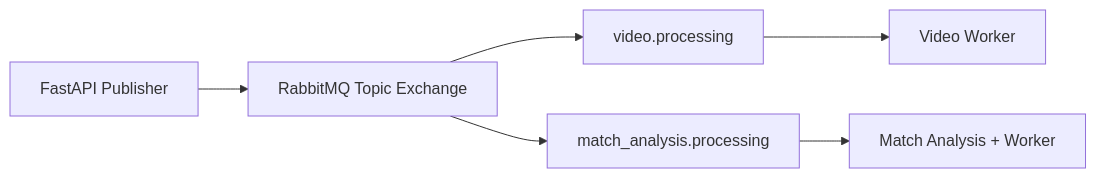
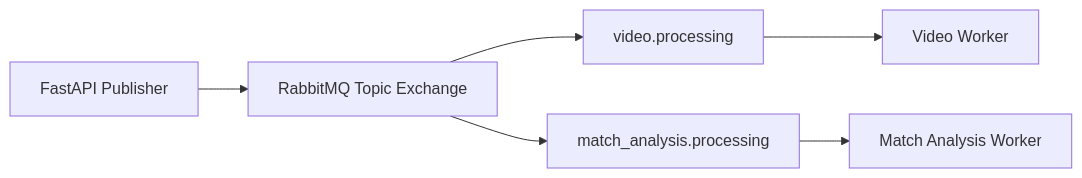
Before and after one commit to ahmedalbanna7/football-intelligence-platform: the fifth of 7 diagrams in README.md, drawn with Mermaid. The commit also changed other lines of this file and 39 other files, not shown here.

Commit message:
feat: refine match analysis UI and runtime

````diff
--- a/README.md
+++ b/README.md
@@ -151,8 +151,8 @@
 ```mermaid
 flowchart LR
     API["FastAPI Publisher"] --> Exchange["RabbitMQ Topic Exchange"]
     Exchange --> VideoQueue["video.processing"]
     Exchange --> MatchQueue["match_analysis.processing"]
     VideoQueue --> VideoWorker["Video Worker"]
-    MatchQueue --> MatchWorker["Match Analysis + Worker"]
+    MatchQueue --> MatchWorker["Match Analysis Worker"]
 ```
````
